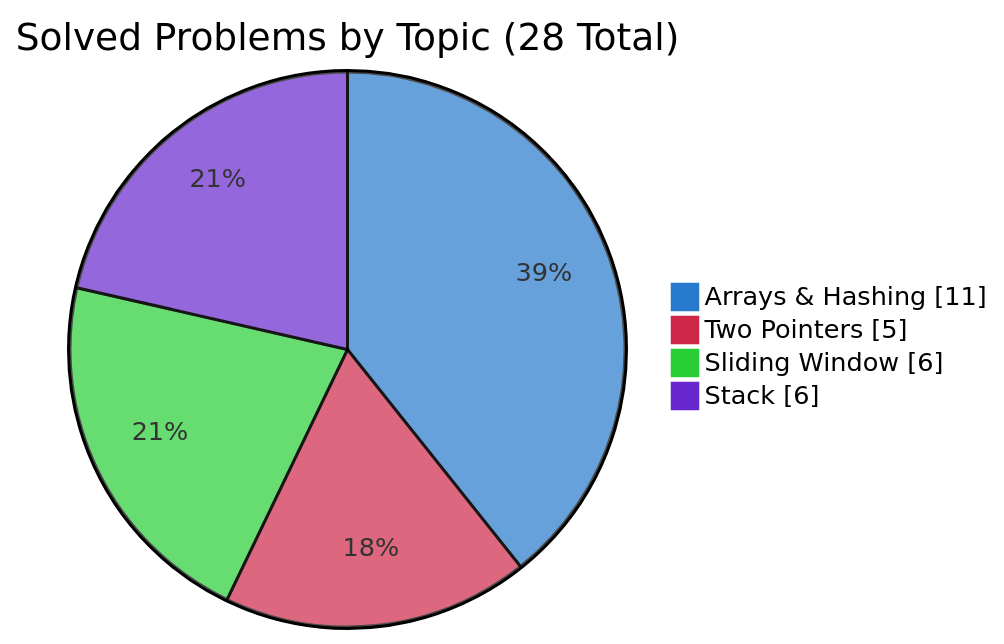
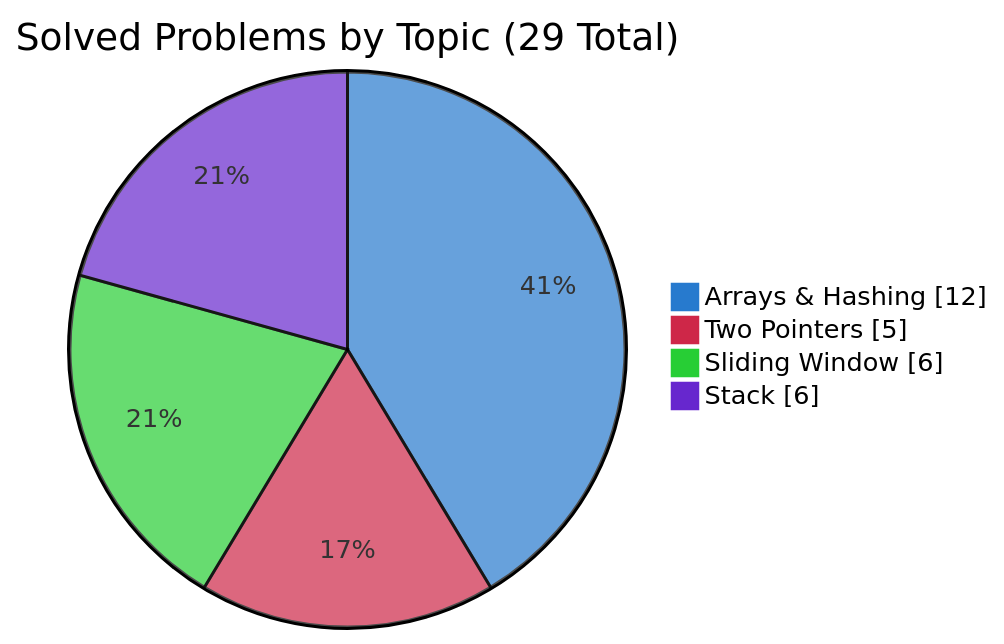
Before and after one commit to simonesiega/leetcode-solutions: the second of 2 diagrams in README.md, drawn with Mermaid. The commit also changed other lines of this file and 3 other files, not shown here.

````diff
--- a/README.md
+++ b/README.md
@@ -71,9 +71,9 @@
 ```mermaid
 %%{init: {"themeVariables":{"pie1":"#277ace","pie2":"#ce2748","pie3":"#27ce35","pie4":"#6727ce"},"themeCSS":".pieCircle:nth-of-type(1){fill:#277ace!important}.legend:nth-of-type(2) rect{fill:#277ace!important;stroke:#277ace!important}.pieCircle:nth-of-type(2){fill:#ce2748!important}.legend:nth-of-type(3) rect{fill:#ce2748!important;stroke:#ce2748!important}.pieCircle:nth-of-type(3){fill:#27ce35!important}.legend:nth-of-type(4) rect{fill:#27ce35!important;stroke:#27ce35!important}.pieCircle:nth-of-type(4){fill:#6727ce!important}.legend:nth-of-type(5) rect{fill:#6727ce!important;stroke:#6727ce!important}"}}%%
 pie showData
-    title Solved Problems by Topic (28 Total)
-    "Arrays & Hashing" : 11
+    title Solved Problems by Topic (29 Total)
+    "Arrays & Hashing" : 12
     "Two Pointers" : 5
     "Sliding Window" : 6
     "Stack" : 6
 ```
````
